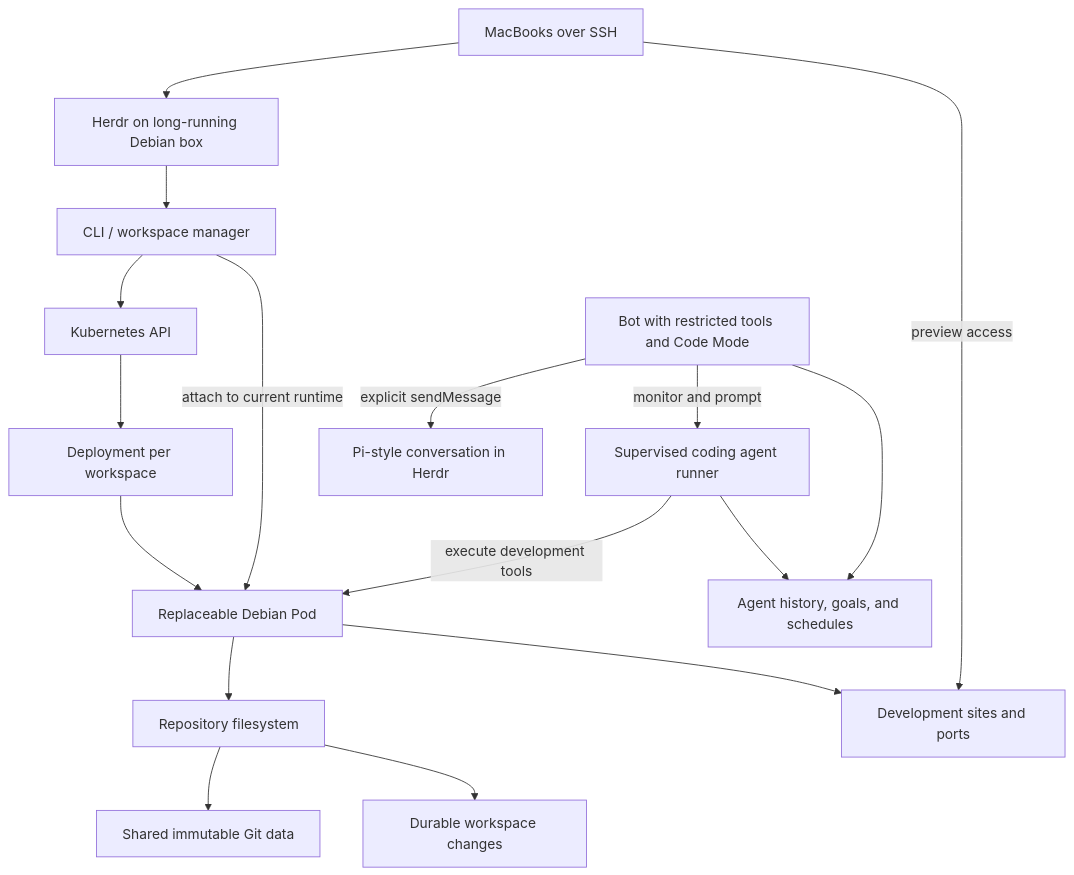
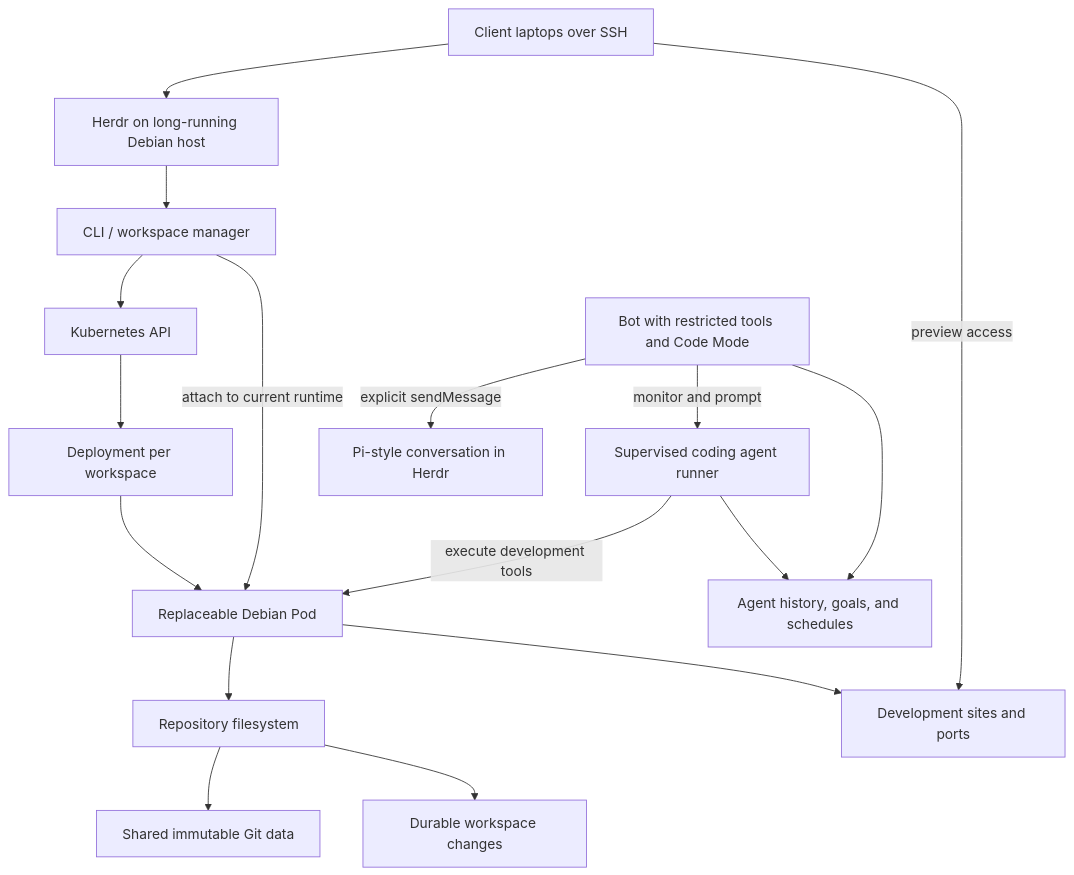
The diagram in docs/product-requirements.md (NWylynko/agentic-dev-machines), drawn with Mermaid before and after one commit. The commit also changed other lines of this file and 18 other files, not shown here.

````diff
--- a/docs/product-requirements.md
+++ b/docs/product-requirements.md
@@ -98,19 +98,19 @@
 ```mermaid
 flowchart TD
-    M[MacBooks over SSH] --> H[Herdr on long-running Debian box]
+    M[Client laptops over SSH] --> H[Herdr on long-running Debian host]
     H --> C[CLI / workspace manager]
     C --> K[Kubernetes API]
     K --> D[Deployment per workspace]
     D --> P[Replaceable Debian Pod]
     C -->|attach to current runtime| P
     P --> R[Repository filesystem]
     R --> G[Shared immutable Git data]
     R --> W[Durable workspace changes]
     A[Supervised coding agent runner] -->|execute development tools| P
     A --> S[Agent history, goals, and schedules]
     B[Bot with restricted tools and Code Mode] -->|monitor and prompt| A
     B --> S
     B -->|explicit sendMessage| T[Pi-style conversation in Herdr]
     P --> V[Development sites and ports]
     M -->|preview access| V
 ```
````
